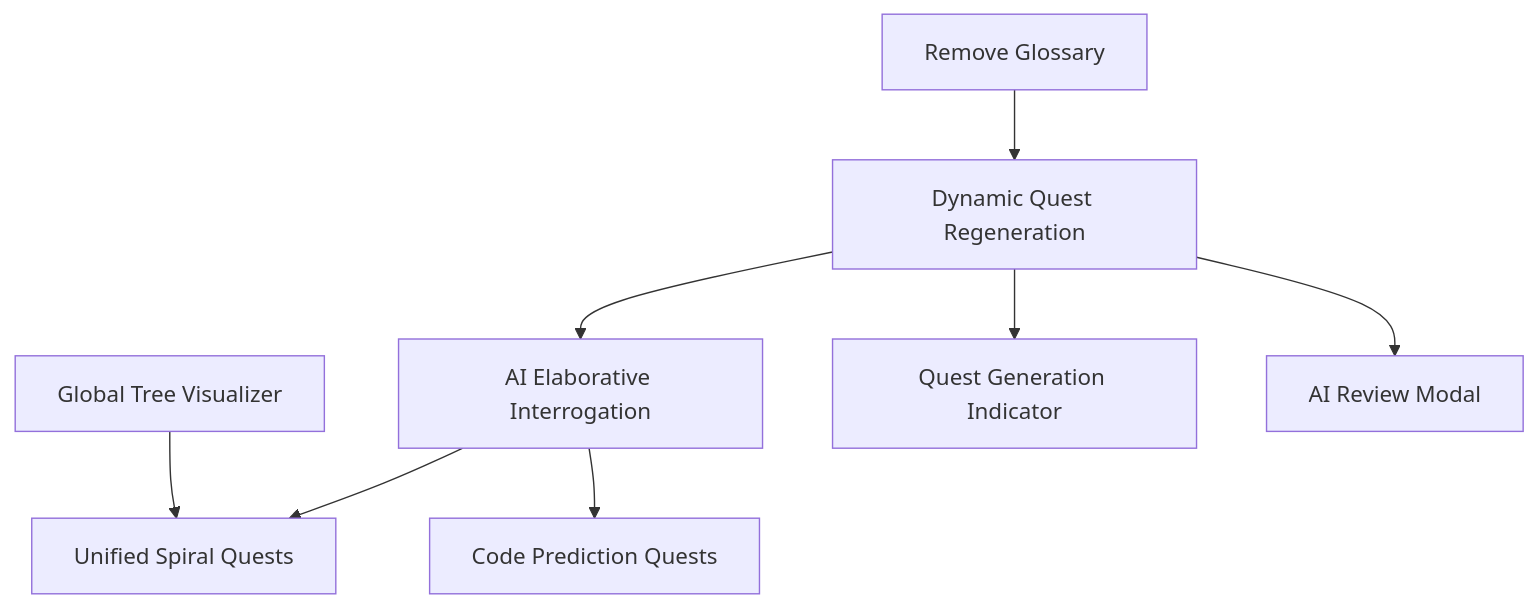
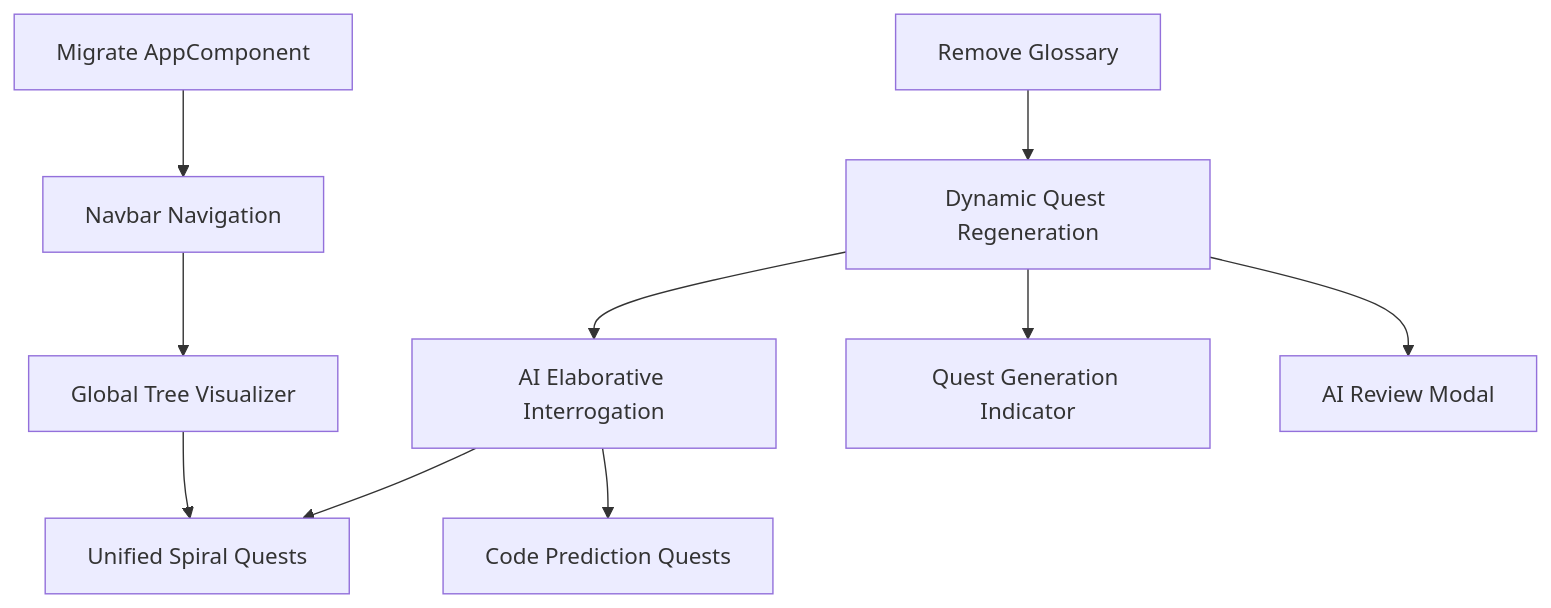
One commit to gocklkatz/cos-quest-master changed the diagram in design/phase3/phase3_main.md. Above: the diagram before and after it, drawn with Mermaid. The commit also changed other lines of this file and 3 other files, not shown here.

````diff
--- a/design/phase3/phase3_main.md
+++ b/design/phase3/phase3_main.md
@@ -62,10 +64,12 @@
 ```mermaid
 graph TD
     C1[Remove Glossary] --> F1[Dynamic Quest Regeneration]
     F1 --> F2[AI Elaborative Interrogation]
     F2 --> F5[Unified Spiral Quests]
     F2 --> F6[Code Prediction Quests]
     F4[Global Tree Visualizer] --> F5
+    C4[Migrate AppComponent] --> C3
+    C3[Navbar Navigation] --> F4
     F1 --> F9[Quest Generation Indicator]
     F1 --> F10[AI Review Modal]
 ```
````
